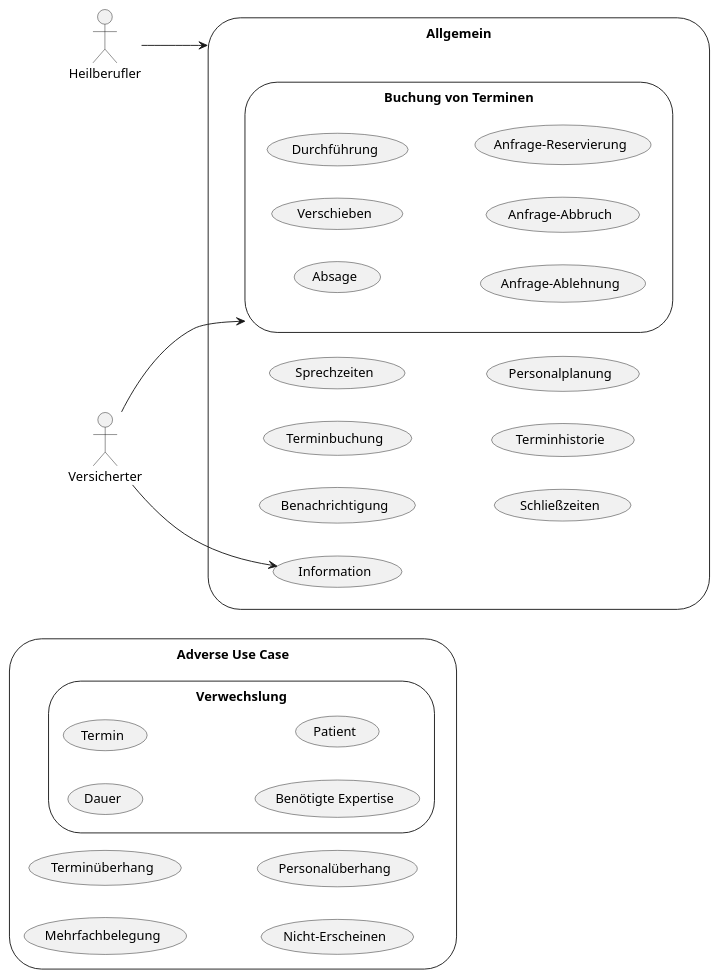
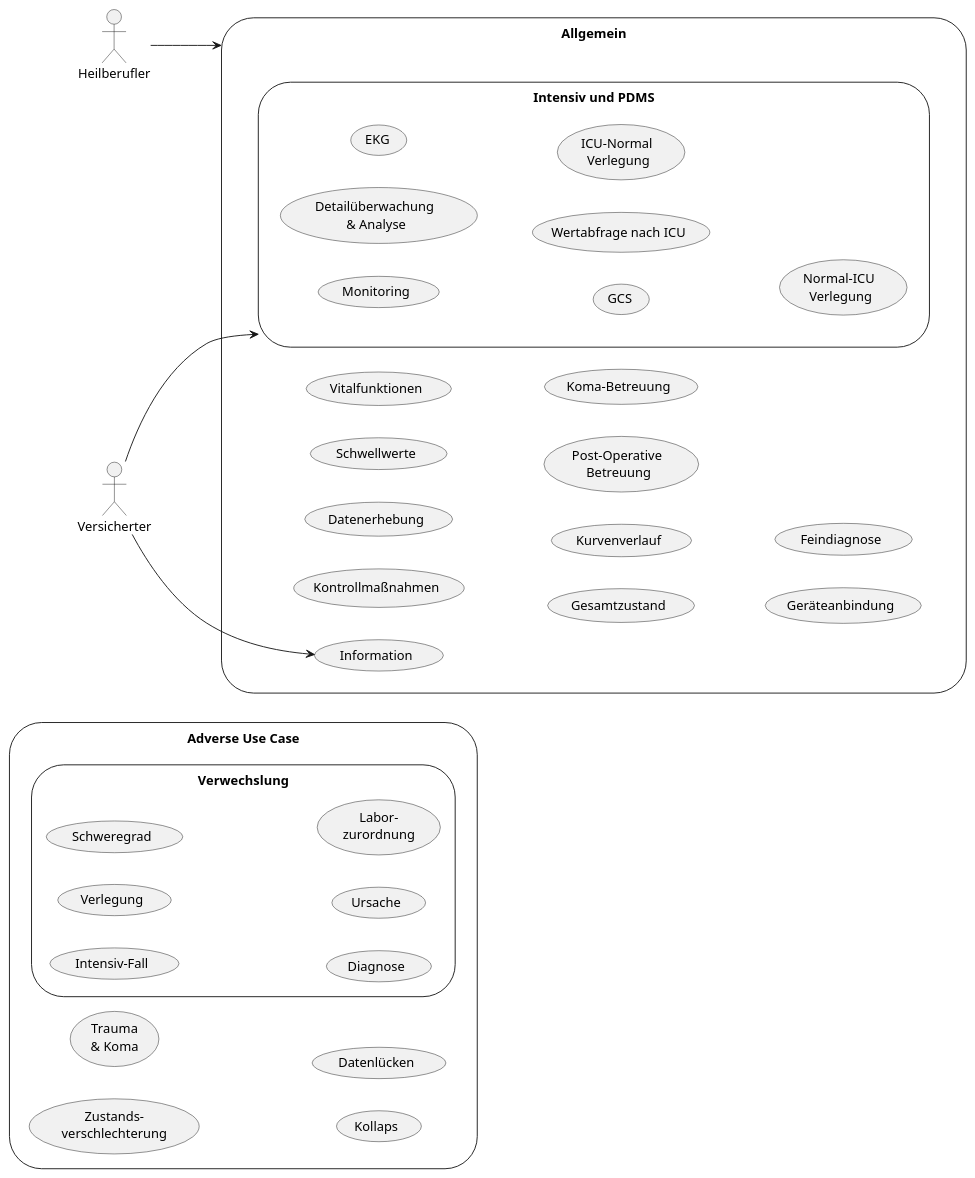
Before and after one commit to gematik/spec-ISiK-Vitalparameter-und-Koerpermasze: the diagram in Material/images/src/plantuml/usecases.puml, drawn with PlantUML. The commit also changed other lines of this file and 1 other file, not shown here.

Commit message:
use case diagram vital

```diff
--- a/Material/images/src/plantuml/usecases.puml
+++ b/Material/images/src/plantuml/usecases.puml
@@ -15,47 +2,54 @@
 @startuml usecases
 left to right direction
 'skinparam packageStyle cloud
 'skinparam linetype ortho
 
 'actor :FHIR Repository: as DB << Application >>
 actor :Heilberufler:
 actor :Versicherter:
 storage adverseUC as "Adverse Use Case" {
     storage (Verwechslung){
-        (Dauer)
-        (Termin)
-        (Benötigte Expertise)
-        (Patient)
+        (Intensiv-Fall)
+        (Verlegung)
+        (Schweregrad)
+        (Diagnose)
+        (Ursache)
+        (Labor-\nzurordnung)
     }
-    (Mehrfachbelegung)
-    (Terminüberhang)
-    (Nicht-Erscheinen)
-    (Personalüberhang)
+    (Zustands-\nverschlechterung)
+    (Trauma\n& Koma)
+    (Kollaps)
+    (Datenlücken)
 }
 
 storage gnrlUC as "Allgemein" {
+    (Kontrollmaßnahmen)
+    (Datenerhebung)
     (Information)
-    (Benachrichtigung)
-    (Terminbuchung)
-    (Sprechzeiten)
-    (Schließzeiten)
-    (Terminhistorie)
-    (Personalplanung)
-    storage booKUC as "Buchung von Terminen"{
-        (Absage) 
-        (Verschieben)
-        (Durchführung)
-        (Anfrage-Ablehnung)
-        (Anfrage-Abbruch)
-        (Anfrage-Reservierung)
+    (Schwellwerte)
+    (Vitalfunktionen)
+    (Gesamtzustand)
+    (Kurvenverlauf)
+    (Post-Operative \nBetreuung)
+    (Koma-Betreuung)
+    (Geräteanbindung)
+    (Feindiagnose)
+    storage pdmsUC as "Intensiv und PDMS"{
+        (Monitoring) 
+        (Detailüberwachung \n& Analyse)
+        (EKG)
+        (GCS)
+        (Wertabfrage nach ICU)
+        (ICU-Normal \nVerlegung)
+        (Normal-ICU \nVerlegung)
     }
 }
 
 Heilberufler --> gnrlUC
+Versicherter --> pdmsUC
 Versicherter --> Information
-Versicherter --> booKUC
 
 
 'fncts --> adverseUC : mitigates
 'fncts --> gnrlUC : enables
 @enduml
```
